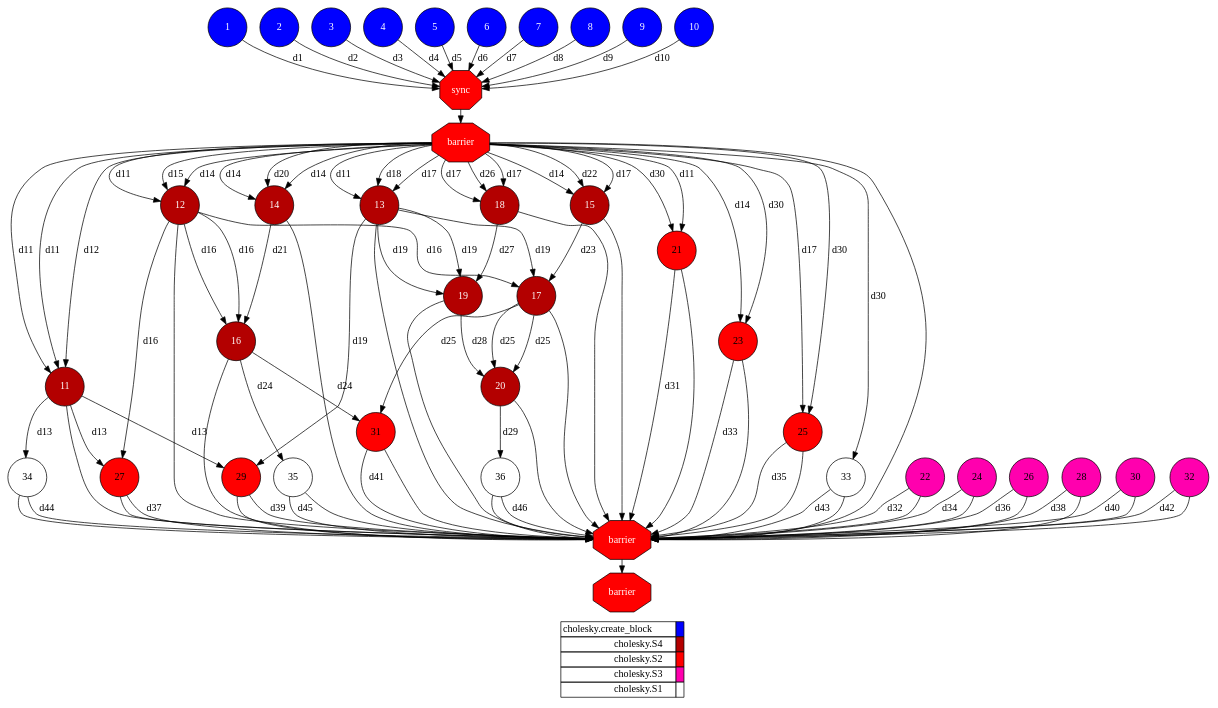
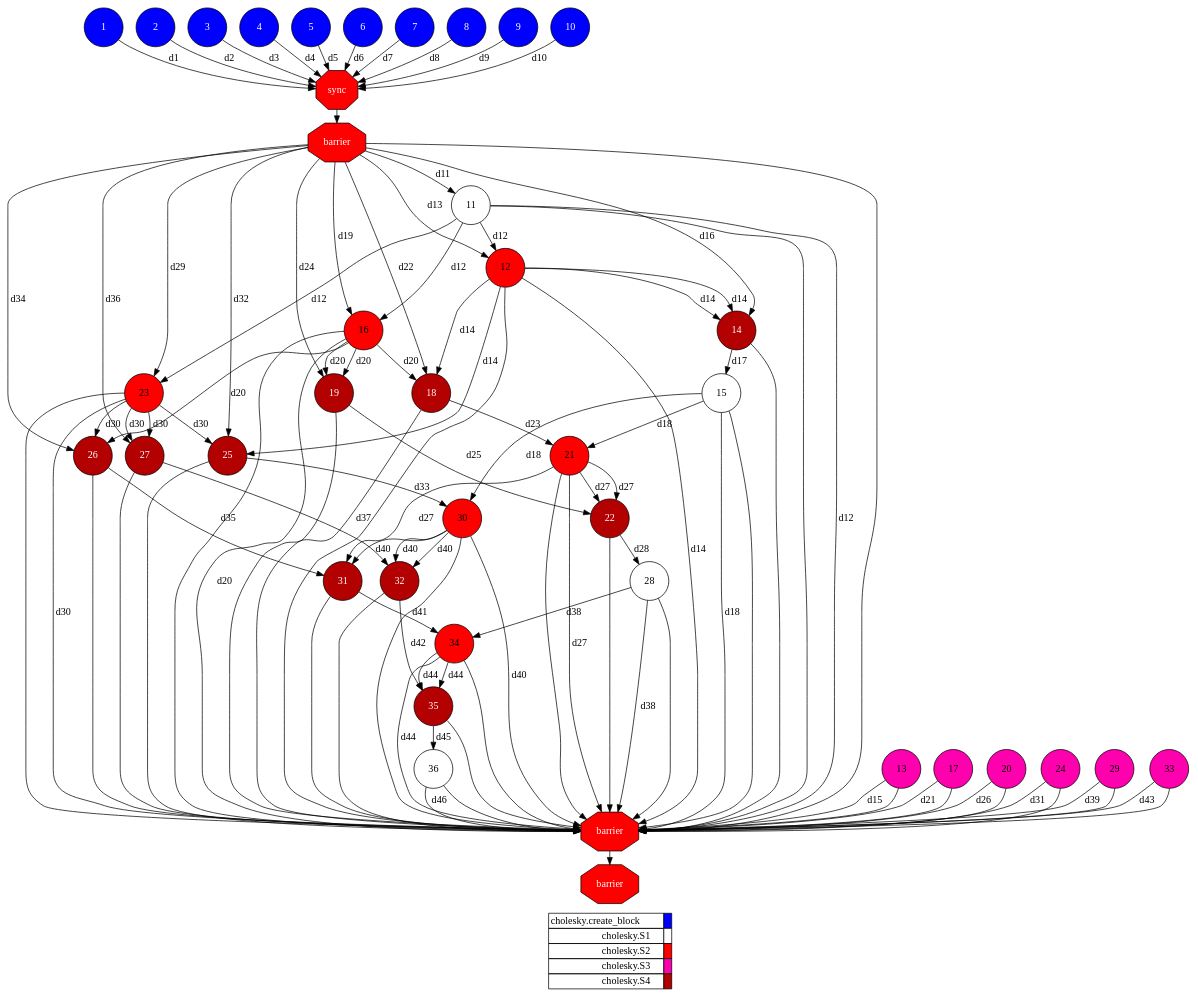
One commit to cristianrcv/pycompss-autoparallel changed the diagram in examples/cholesky/autoparallel/results/local/complete_graph.dot. Above: the diagram before and after it, drawn with Graphviz. The commit also changed 9 other files, not shown here.

```diff
--- a/examples/cholesky/autoparallel/results/local/complete_graph.dot
+++ b/examples/cholesky/autoparallel/results/local/complete_graph.dot
@@ -1,179 +1,179 @@
 digraph {
   rankdir=TB;
   labeljust="l";
   subgraph dependence_graph {
     ranksep=0.20;
     node[height=0.75];
 
 1[shape=circle, style=filled fillcolor="#0000ff" fontcolor="#ffffff"];
 2[shape=circle, style=filled fillcolor="#0000ff" fontcolor="#ffffff"];
 3[shape=circle, style=filled fillcolor="#0000ff" fontcolor="#ffffff"];
 4[shape=circle, style=filled fillcolor="#0000ff" fontcolor="#ffffff"];
 5[shape=circle, style=filled fillcolor="#0000ff" fontcolor="#ffffff"];
 6[shape=circle, style=filled fillcolor="#0000ff" fontcolor="#ffffff"];
 7[shape=circle, style=filled fillcolor="#0000ff" fontcolor="#ffffff"];
 8[shape=circle, style=filled fillcolor="#0000ff" fontcolor="#ffffff"];
 9[shape=circle, style=filled fillcolor="#0000ff" fontcolor="#ffffff"];
 10[shape=circle, style=filled fillcolor="#0000ff" fontcolor="#ffffff"];
 Synchro1[label="sync", shape=octagon, style=filled fillcolor="#ff0000" fontcolor="#FFFFFF"];
 1 -> Synchro1[ label="d1" ];
 2 -> Synchro1[ label="d2" ];
 3 -> Synchro1[ label="d3" ];
 4 -> Synchro1[ label="d4" ];
 5 -> Synchro1[ label="d5" ];
 6 -> Synchro1[ label="d6" ];
 7 -> Synchro1[ label="d7" ];
 8 -> Synchro1[ label="d8" ];
 9 -> Synchro1[ label="d9" ];
 10 -> Synchro1[ label="d10" ];
 Synchro2[label="barrier", shape=octagon, style=filled fillcolor="#ff0000" fontcolor="#FFFFFF"];
 Synchro1 -> Synchro2;
-11[shape=circle, style=filled fillcolor="#b30000" fontcolor="#ffffff"];
+11[shape=circle, style=filled fillcolor="#ffffff" fontcolor="#000000"];
 Synchro2 -> 11[ label="d11" ];
-Synchro2 -> 11[ label="d11" ];
-Synchro2 -> 11[ label="d12" ];
-12[shape=circle, style=filled fillcolor="#b30000" fontcolor="#ffffff"];
-Synchro2 -> 12[ label="d14" ];
-Synchro2 -> 12[ label="d11" ];
-Synchro2 -> 12[ label="d15" ];
-13[shape=circle, style=filled fillcolor="#b30000" fontcolor="#ffffff"];
-Synchro2 -> 13[ label="d17" ];
-Synchro2 -> 13[ label="d11" ];
-Synchro2 -> 13[ label="d18" ];
+12[shape=circle, style=filled fillcolor="#ff0000" fontcolor="#000000"];
+11 -> 12[ label="d12" ];
+Synchro2 -> 12[ label="d13" ];
+13[shape=circle, style=filled fillcolor="#ff00ae" fontcolor="#000000"];
 14[shape=circle, style=filled fillcolor="#b30000" fontcolor="#ffffff"];
-Synchro2 -> 14[ label="d14" ];
-Synchro2 -> 14[ label="d14" ];
-Synchro2 -> 14[ label="d20" ];
-15[shape=circle, style=filled fillcolor="#b30000" fontcolor="#ffffff"];
-Synchro2 -> 15[ label="d17" ];
-Synchro2 -> 15[ label="d14" ];
-Synchro2 -> 15[ label="d22" ];
-16[shape=circle, style=filled fillcolor="#b30000" fontcolor="#ffffff"];
-12 -> 16[ label="d16" ];
-12 -> 16[ label="d16" ];
-14 -> 16[ label="d21" ];
-17[shape=circle, style=filled fillcolor="#b30000" fontcolor="#ffffff"];
-13 -> 17[ label="d19" ];
-12 -> 17[ label="d16" ];
-15 -> 17[ label="d23" ];
+12 -> 14[ label="d14" ];
+12 -> 14[ label="d14" ];
+Synchro2 -> 14[ label="d16" ];
+15[shape=circle, style=filled fillcolor="#ffffff" fontcolor="#000000"];
+14 -> 15[ label="d17" ];
+16[shape=circle, style=filled fillcolor="#ff0000" fontcolor="#000000"];
+11 -> 16[ label="d12" ];
+Synchro2 -> 16[ label="d19" ];
+17[shape=circle, style=filled fillcolor="#ff00ae" fontcolor="#000000"];
 18[shape=circle, style=filled fillcolor="#b30000" fontcolor="#ffffff"];
-Synchro2 -> 18[ label="d17" ];
-Synchro2 -> 18[ label="d17" ];
-Synchro2 -> 18[ label="d26" ];
+16 -> 18[ label="d20" ];
+12 -> 18[ label="d14" ];
+Synchro2 -> 18[ label="d22" ];
 19[shape=circle, style=filled fillcolor="#b30000" fontcolor="#ffffff"];
-13 -> 19[ label="d19" ];
-13 -> 19[ label="d19" ];
-18 -> 19[ label="d27" ];
-20[shape=circle, style=filled fillcolor="#b30000" fontcolor="#ffffff"];
-17 -> 20[ label="d25" ];
-17 -> 20[ label="d25" ];
-19 -> 20[ label="d28" ];
+16 -> 19[ label="d20" ];
+16 -> 19[ label="d20" ];
+Synchro2 -> 19[ label="d24" ];
+20[shape=circle, style=filled fillcolor="#ff00ae" fontcolor="#000000"];
 21[shape=circle, style=filled fillcolor="#ff0000" fontcolor="#000000"];
-Synchro2 -> 21[ label="d30" ];
-Synchro2 -> 21[ label="d11" ];
-22[shape=circle, style=filled fillcolor="#ff00ae" fontcolor="#000000"];
+15 -> 21[ label="d18" ];
+18 -> 21[ label="d23" ];
+22[shape=circle, style=filled fillcolor="#b30000" fontcolor="#ffffff"];
+21 -> 22[ label="d27" ];
+21 -> 22[ label="d27" ];
+19 -> 22[ label="d25" ];
 23[shape=circle, style=filled fillcolor="#ff0000" fontcolor="#000000"];
-Synchro2 -> 23[ label="d30" ];
-Synchro2 -> 23[ label="d14" ];
+11 -> 23[ label="d12" ];
+Synchro2 -> 23[ label="d29" ];
 24[shape=circle, style=filled fillcolor="#ff00ae" fontcolor="#000000"];
-25[shape=circle, style=filled fillcolor="#ff0000" fontcolor="#000000"];
-Synchro2 -> 25[ label="d30" ];
-Synchro2 -> 25[ label="d17" ];
-26[shape=circle, style=filled fillcolor="#ff00ae" fontcolor="#000000"];
-27[shape=circle, style=filled fillcolor="#ff0000" fontcolor="#000000"];
-11 -> 27[ label="d13" ];
-12 -> 27[ label="d16" ];
-28[shape=circle, style=filled fillcolor="#ff00ae" fontcolor="#000000"];
-29[shape=circle, style=filled fillcolor="#ff0000" fontcolor="#000000"];
-11 -> 29[ label="d13" ];
-13 -> 29[ label="d19" ];
-30[shape=circle, style=filled fillcolor="#ff00ae" fontcolor="#000000"];
-31[shape=circle, style=filled fillcolor="#ff0000" fontcolor="#000000"];
-16 -> 31[ label="d24" ];
-17 -> 31[ label="d25" ];
-32[shape=circle, style=filled fillcolor="#ff00ae" fontcolor="#000000"];
-33[shape=circle, style=filled fillcolor="#ffffff" fontcolor="#000000"];
-Synchro2 -> 33[ label="d30" ];
-34[shape=circle, style=filled fillcolor="#ffffff" fontcolor="#000000"];
-11 -> 34[ label="d13" ];
-35[shape=circle, style=filled fillcolor="#ffffff" fontcolor="#000000"];
-16 -> 35[ label="d24" ];
+25[shape=circle, style=filled fillcolor="#b30000" fontcolor="#ffffff"];
+23 -> 25[ label="d30" ];
+12 -> 25[ label="d14" ];
+Synchro2 -> 25[ label="d32" ];
+26[shape=circle, style=filled fillcolor="#b30000" fontcolor="#ffffff"];
+23 -> 26[ label="d30" ];
+16 -> 26[ label="d20" ];
+Synchro2 -> 26[ label="d34" ];
+27[shape=circle, style=filled fillcolor="#b30000" fontcolor="#ffffff"];
+23 -> 27[ label="d30" ];
+23 -> 27[ label="d30" ];
+Synchro2 -> 27[ label="d36" ];
+28[shape=circle, style=filled fillcolor="#ffffff" fontcolor="#000000"];
+22 -> 28[ label="d28" ];
+29[shape=circle, style=filled fillcolor="#ff00ae" fontcolor="#000000"];
+30[shape=circle, style=filled fillcolor="#ff0000" fontcolor="#000000"];
+15 -> 30[ label="d18" ];
+25 -> 30[ label="d33" ];
+31[shape=circle, style=filled fillcolor="#b30000" fontcolor="#ffffff"];
+30 -> 31[ label="d40" ];
+21 -> 31[ label="d27" ];
+26 -> 31[ label="d35" ];
+32[shape=circle, style=filled fillcolor="#b30000" fontcolor="#ffffff"];
+30 -> 32[ label="d40" ];
+30 -> 32[ label="d40" ];
+27 -> 32[ label="d37" ];
+33[shape=circle, style=filled fillcolor="#ff00ae" fontcolor="#000000"];
+34[shape=circle, style=filled fillcolor="#ff0000" fontcolor="#000000"];
+28 -> 34[ label="d38" ];
+31 -> 34[ label="d41" ];
+35[shape=circle, style=filled fillcolor="#b30000" fontcolor="#ffffff"];
+34 -> 35[ label="d44" ];
+34 -> 35[ label="d44" ];
+32 -> 35[ label="d42" ];
 36[shape=circle, style=filled fillcolor="#ffffff" fontcolor="#000000"];
-20 -> 36[ label="d29" ];
+35 -> 36[ label="d45" ];
 Synchro3[label="barrier", shape=octagon, style=filled fillcolor="#ff0000" fontcolor="#FFFFFF"];
 Synchro2 -> Synchro3;
+14 -> Synchro3;
+24 -> Synchro3;
+30 -> Synchro3;
+12 -> Synchro3;
+26 -> Synchro3;
+16 -> Synchro3;
+15 -> Synchro3;
+22 -> Synchro3;
+29 -> Synchro3;
+27 -> Synchro3;
+17 -> Synchro3;
+31 -> Synchro3;
+35 -> Synchro3;
+25 -> Synchro3;
+20 -> Synchro3;
 36 -> Synchro3;
+11 -> Synchro3;
 33 -> Synchro3;
-12 -> Synchro3;
-15 -> Synchro3;
-30 -> Synchro3;
+32 -> Synchro3;
+13 -> Synchro3;
+28 -> Synchro3;
+23 -> Synchro3;
 21 -> Synchro3;
-24 -> Synchro3;
-32 -> Synchro3;
-14 -> Synchro3;
 18 -> Synchro3;
-11 -> Synchro3;
-20 -> Synchro3;
-26 -> Synchro3;
-29 -> Synchro3;
 19 -> Synchro3;
 34 -> Synchro3;
-16 -> Synchro3;
-31 -> Synchro3;
-35 -> Synchro3;
-17 -> Synchro3;
-22 -> Synchro3;
-25 -> Synchro3;
-23 -> Synchro3;
-13 -> Synchro3;
-27 -> Synchro3;
-28 -> Synchro3;
+11 -> Synchro3[ label="d12" ];
+13 -> Synchro3[ label="d15" ];
+17 -> Synchro3[ label="d21" ];
+24 -> Synchro3[ label="d31" ];
+12 -> Synchro3[ label="d14" ];
+15 -> Synchro3[ label="d18" ];
+20 -> Synchro3[ label="d26" ];
+29 -> Synchro3[ label="d39" ];
+16 -> Synchro3[ label="d20" ];
+21 -> Synchro3[ label="d27" ];
+28 -> Synchro3[ label="d38" ];
 33 -> Synchro3[ label="d43" ];
-22 -> Synchro3[ label="d32" ];
-24 -> Synchro3[ label="d34" ];
-26 -> Synchro3[ label="d36" ];
-21 -> Synchro3[ label="d31" ];
+23 -> Synchro3[ label="d30" ];
+30 -> Synchro3[ label="d40" ];
 34 -> Synchro3[ label="d44" ];
-28 -> Synchro3[ label="d38" ];
-30 -> Synchro3[ label="d40" ];
-23 -> Synchro3[ label="d33" ];
-27 -> Synchro3[ label="d37" ];
-35 -> Synchro3[ label="d45" ];
-32 -> Synchro3[ label="d42" ];
-25 -> Synchro3[ label="d35" ];
-29 -> Synchro3[ label="d39" ];
-31 -> Synchro3[ label="d41" ];
 36 -> Synchro3[ label="d46" ];
 Synchro4[label="barrier", shape=octagon, style=filled fillcolor="#ff0000" fontcolor="#FFFFFF"];
 Synchro3 -> Synchro4;  }
   subgraph legend {
     rank=sink;
     node [shape=plaintext, height=0.75];
     ranksep=0.20;
     label = "Legend";
     key [label=<
       <table border="0" cellpadding="2" cellspacing="0" cellborder="1">
 <tr>
 <td align="right">cholesky.create_block</td>
 <td bgcolor="#0000ff">&nbsp;</td>
 </tr>
 <tr>
-<td align="right">cholesky.S4</td>
-<td bgcolor="#b30000">&nbsp;</td>
+<td align="right">cholesky.S1</td>
+<td bgcolor="#ffffff">&nbsp;</td>
 </tr>
 <tr>
 <td align="right">cholesky.S2</td>
 <td bgcolor="#ff0000">&nbsp;</td>
 </tr>
 <tr>
 <td align="right">cholesky.S3</td>
 <td bgcolor="#ff00ae">&nbsp;</td>
 </tr>
 <tr>
-<td align="right">cholesky.S1</td>
-<td bgcolor="#ffffff">&nbsp;</td>
+<td align="right">cholesky.S4</td>
+<td bgcolor="#b30000">&nbsp;</td>
 </tr>
       </table>
     >]
   }
 }
```
